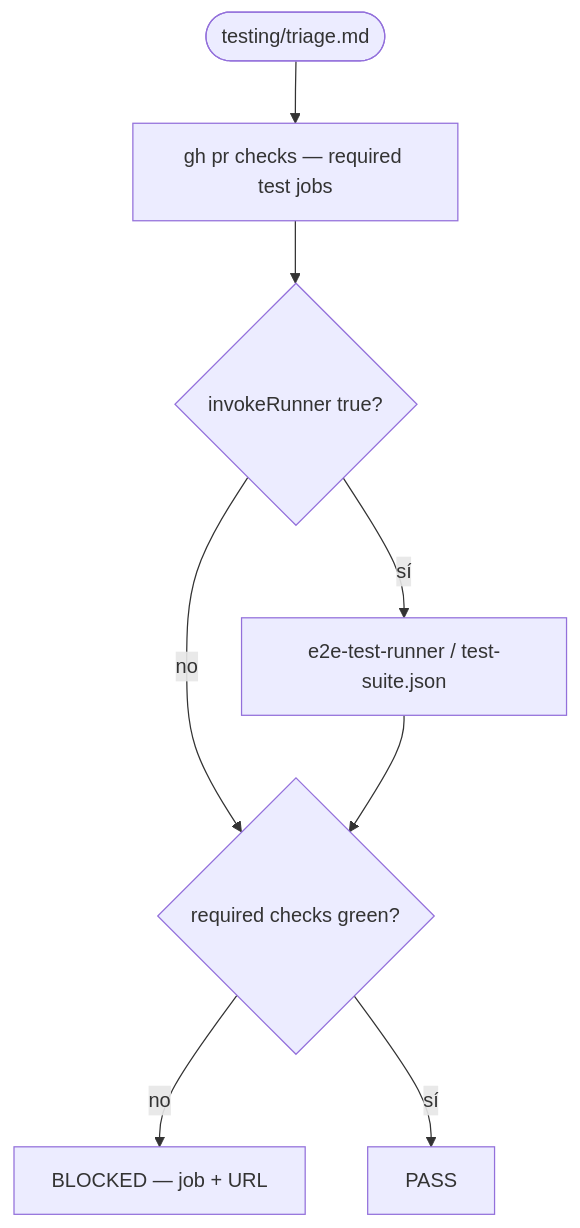
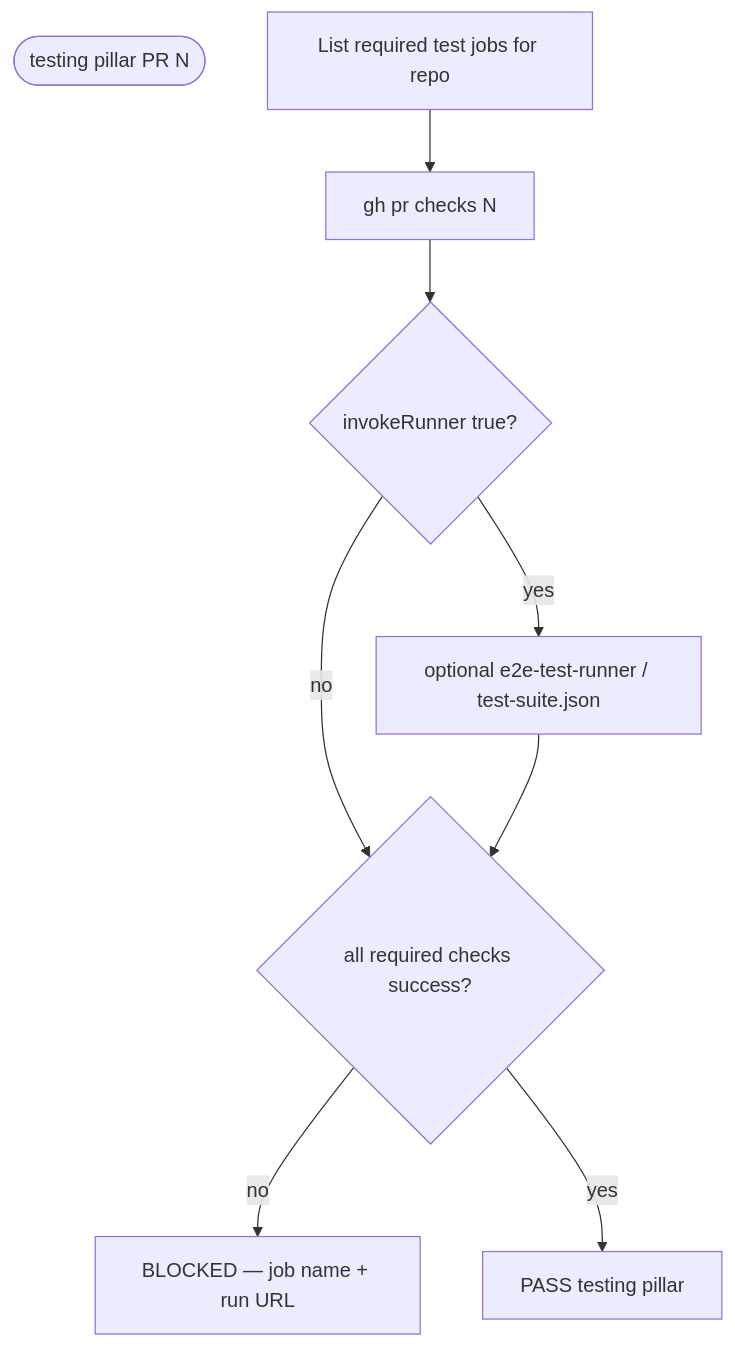
The first of 2 diagrams in toolkits/assurance-toolkit/references/testing/triage.md (chimeranext/better-toolkits), drawn with Mermaid before and after one commit. The commit also changed other lines of this file and 4 other files, not shown here.

````diff
--- a/toolkits/assurance-toolkit/references/testing/triage.md
+++ b/toolkits/assurance-toolkit/references/testing/triage.md
@@ -11,10 +16,12 @@
 ```mermaid
 flowchart TD
-  start([testing/triage.md]) --> c1[gh pr checks — required test jobs]
-  c1 --> c2{invokeRunner true?}
-  c2 -->|sí| r[e2e-test-runner / test-suite.json]
-  c2 -->|no| v{required checks green?}
+  start(["testing pillar PR N"])
+  c1["List required test jobs for repo"]
+  c1 --> c2["gh pr checks N"]
+  c2 --> c3{"invokeRunner true?"}
+  c3 -->|yes| r["optional e2e-test-runner / test-suite.json"]
+  c3 -->|no| v{"all required checks success?"}
   r --> v
-  v -->|no| b[BLOCKED — job + URL]
-  v -->|sí| p[PASS]
+  v -->|no| b["BLOCKED — job name + run URL"]
+  v -->|yes| p["PASS testing pillar"]
 ```
````
